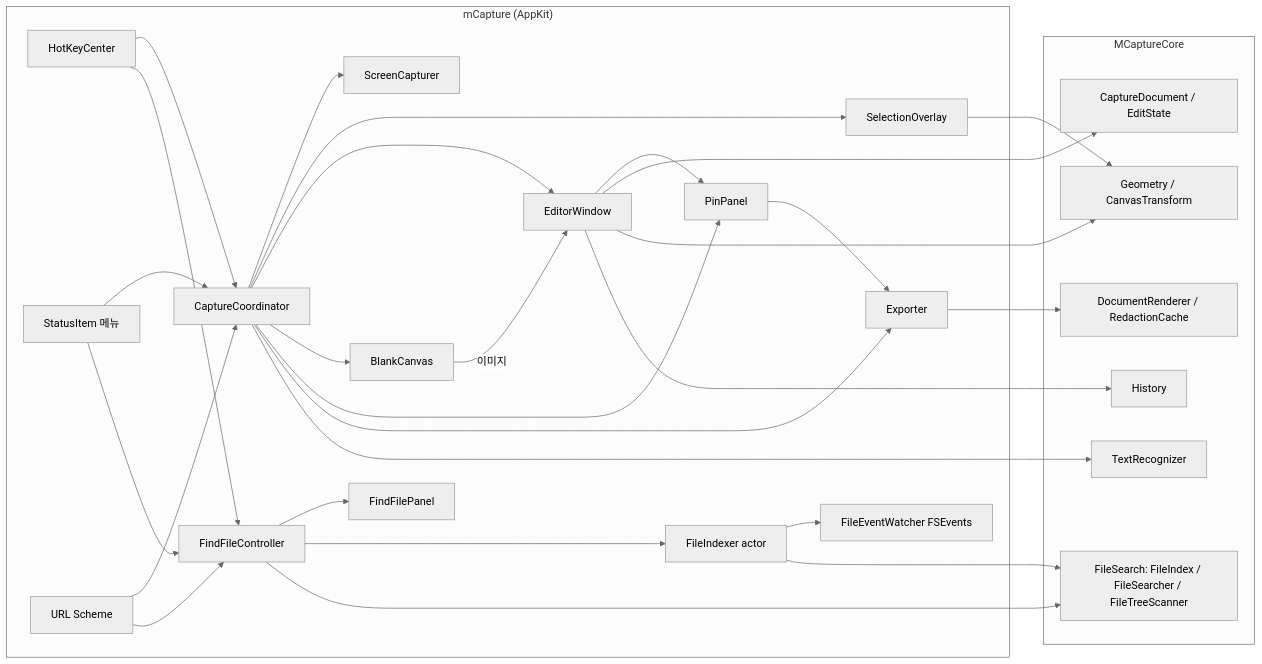
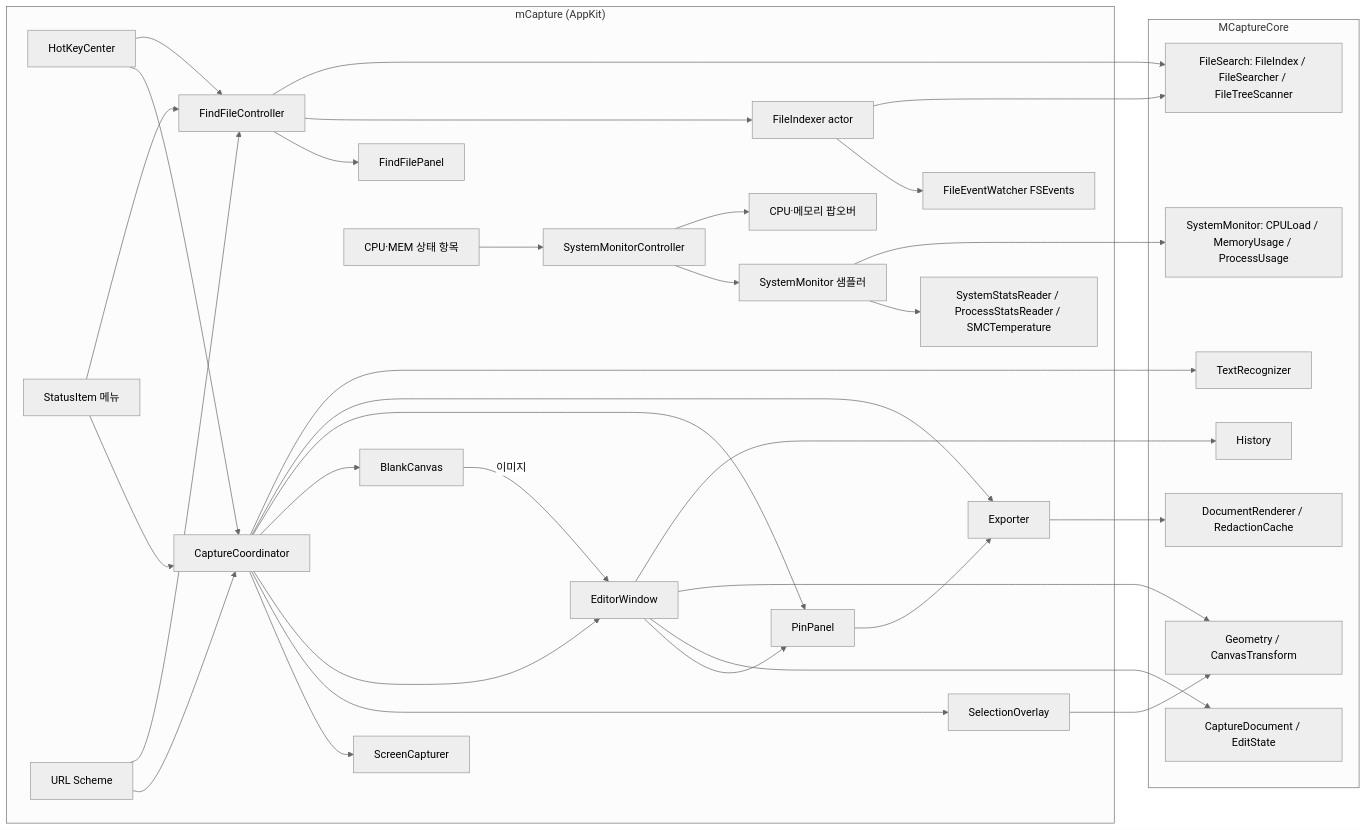
Before and after one commit to motolies/mCapture: the first of 2 diagrams in claudedocs/mcapture-개발-스펙.md, drawn with Mermaid (neutral theme). The commit also changed other lines of this file and 27 other files, not shown here.

````diff
--- a/claudedocs/mcapture-개발-스펙.md
+++ b/claudedocs/mcapture-개발-스펙.md
@@ -70,39 +75,45 @@
 ```mermaid
 flowchart LR
     subgraph App["mCapture (AppKit)"]
         HK[HotKeyCenter] --> CO[CaptureCoordinator]
         SI[StatusItem 메뉴] --> CO
         URL[URL Scheme] --> CO
         CO --> SC[ScreenCapturer]
         CO --> OV[SelectionOverlay]
         CO --> ED[EditorWindow]
         CO --> BC[BlankCanvas]
         BC -->|이미지| ED
         CO --> PIN[PinPanel]
         CO --> EX[Exporter]
         ED --> PIN
         PIN --> EX
         HK --> FF[FindFileController]
         SI --> FF
         URL --> FF
         FF --> FP[FindFilePanel]
         FF --> FX[FileIndexer actor]
         FX --> FW[FileEventWatcher FSEvents]
+        MI[CPU·MEM 상태 항목] --> SMC[SystemMonitorController]
+        SMC --> SM[SystemMonitor 샘플러]
+        SMC --> POP[CPU·메모리 팝오버]
+        SM --> SR[SystemStatsReader / ProcessStatsReader / SMCTemperature]
     end
     subgraph Core["MCaptureCore"]
         DOC[CaptureDocument / EditState]
         REN[DocumentRenderer / RedactionCache]
         GEO[Geometry / CanvasTransform]
         HIS[History]
         REC[TextRecognizer]
         FS[FileSearch: FileIndex / FileSearcher / FileTreeScanner]
+        MON[SystemMonitor: CPULoad / MemoryUsage / ProcessUsage]
     end
     ED --> DOC
     ED --> GEO
     ED --> HIS
     EX --> REN
     OV --> GEO
     CO --> REC
     FX --> FS
     FF --> FS
+    SM --> MON
 ```
````
